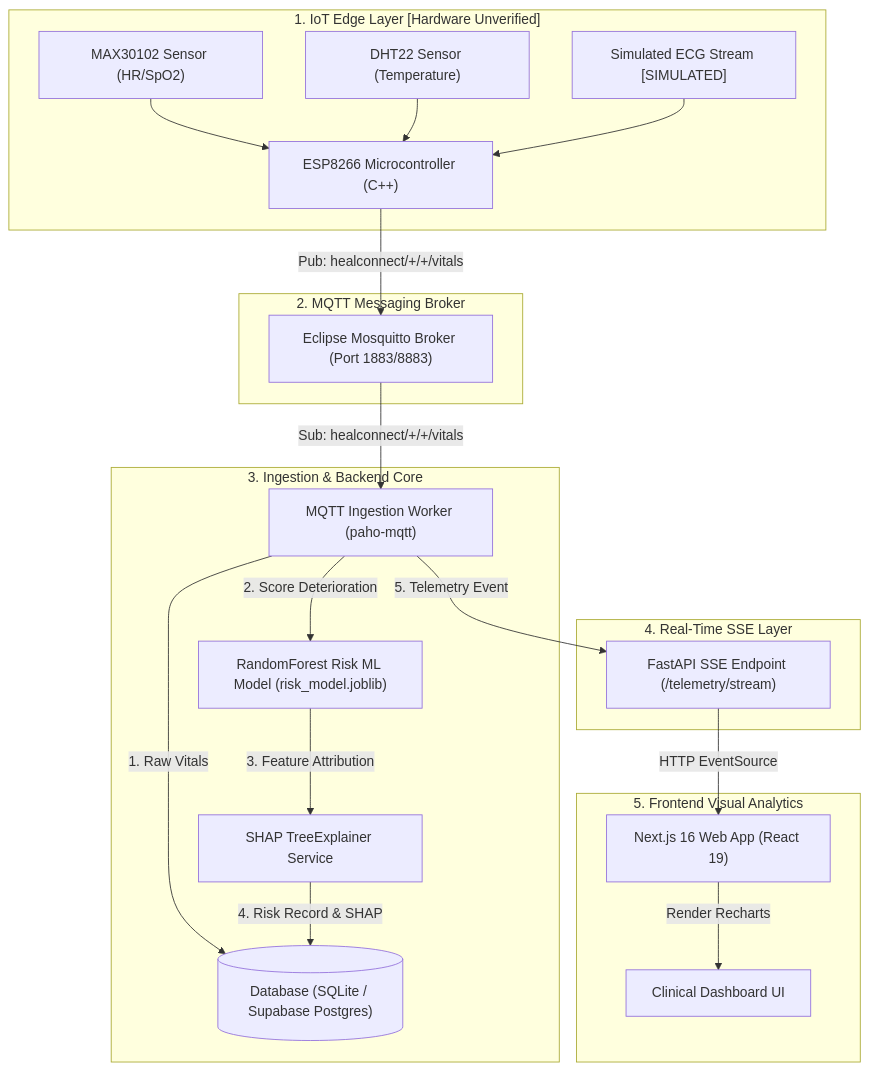
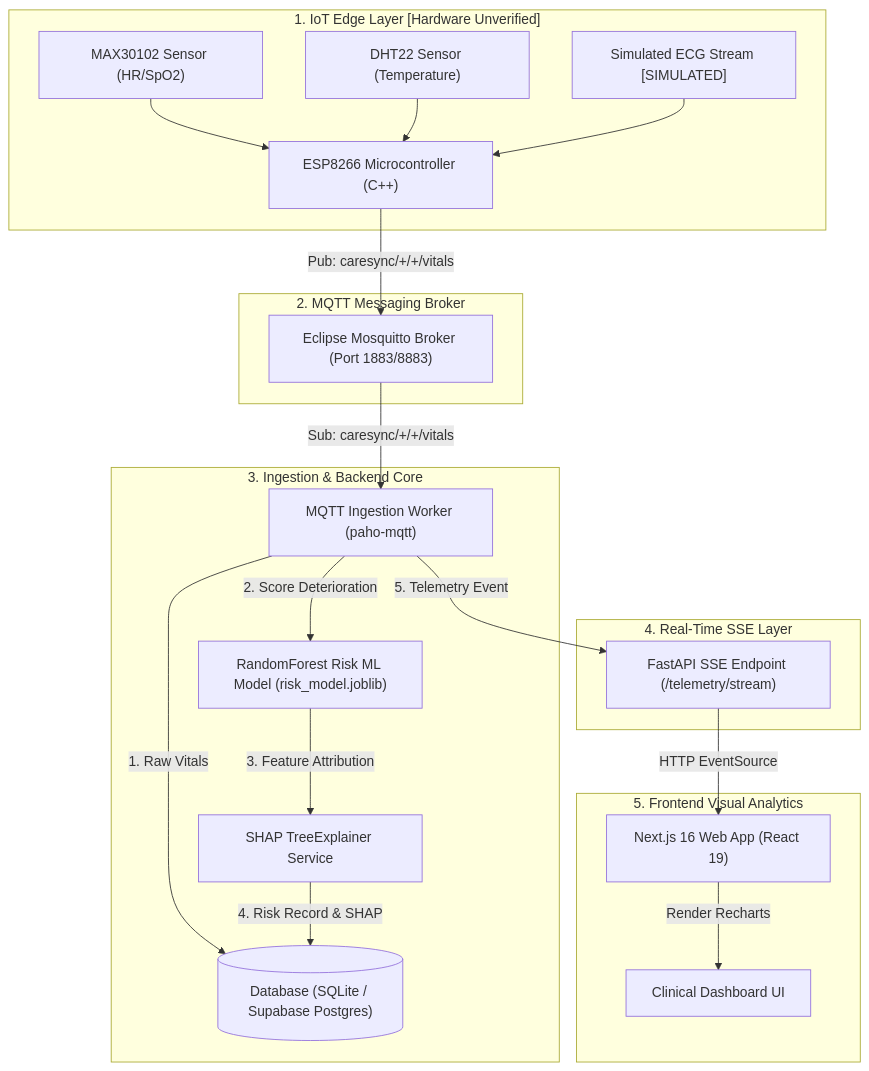
The diagram in architecture-project/01-overall-system-architecture.md (Pranjal-k22/CareSync), drawn with Mermaid before and after one commit. The commit also changed other lines of this file and 41 other files, not shown here.

````diff
--- a/architecture-project/01-overall-system-architecture.md
+++ b/architecture-project/01-overall-system-architecture.md
@@ -6,39 +6,39 @@
 ```mermaid
 flowchart TD
     subgraph IoT_Edge["1. IoT Edge Layer [Hardware Unverified]"]
         ESP["ESP8266 Microcontroller (C++)"]
         MAX["MAX30102 Sensor (HR/SpO2)"]
         DHT["DHT22 Sensor (Temperature)"]
         ECG["Simulated ECG Stream [SIMULATED]"]
         MAX & DHT & ECG --> ESP
     end
 
     subgraph MQTT_Broker["2. MQTT Messaging Broker"]
         Mosquitto["Eclipse Mosquitto Broker (Port 1883/8883)"]
-        ESP -->|Pub: healconnect/+/+/vitals| Mosquitto
+        ESP -->|Pub: caresync/+/+/vitals| Mosquitto
     end
 
     subgraph Ingestion_Layer["3. Ingestion & Backend Core"]
         Ingest["MQTT Ingestion Worker (paho-mqtt)"]
-        Mosquitto -->|Sub: healconnect/+/+/vitals| Ingest
+        Mosquitto -->|Sub: caresync/+/+/vitals| Ingest
         DB[("Database (SQLite / Supabase Postgres)")]
         ML["RandomForest Risk ML Model (risk_model.joblib)"]
         SHAP["SHAP TreeExplainer Service"]
         
         Ingest -->|1. Raw Vitals| DB
         Ingest -->|2. Score Deterioration| ML
         ML -->|3. Feature Attribution| SHAP
         SHAP -->|4. Risk Record & SHAP| DB
     end
 
     subgraph Streaming_Layer["4. Real-Time SSE Layer"]
         SSE["FastAPI SSE Endpoint (/telemetry/stream)"]
         Ingest -->|5. Telemetry Event| SSE
     end
 
     subgraph Client_Layer["5. Frontend Visual Analytics"]
         NextJS["Next.js 16 Web App (React 19)"]
         SSE -->|HTTP EventSource| NextJS
         NextJS -->|Render Recharts| Dashboard["Clinical Dashboard UI"]
     end
 ```
````
